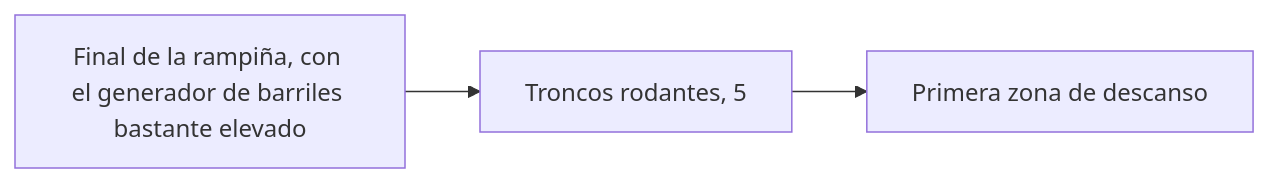
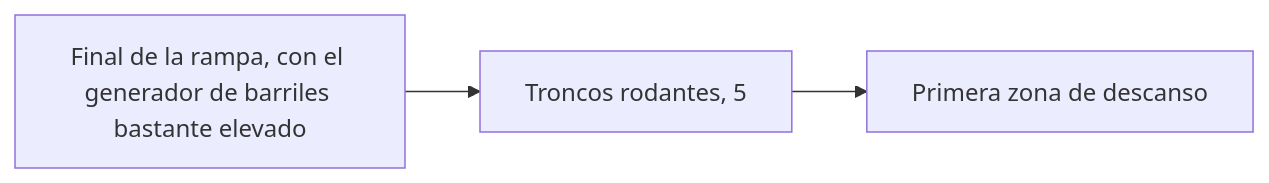
The second of 5 diagrams in README.md (Narratech/DEV-P0), drawn with Mermaid before and after one commit. The commit also changed other lines of this file, not shown here.

Commit message:
Terminado lo del Mermaid

````diff
--- a/README.md
+++ b/README.md
@@ -114,5 +114,5 @@
 ```mermaid
 graph LR;
-    finRampa[Final de la rampiña, con el generador de barriles bastante elevado]-->troncos[Troncos rodantes, 5];
+    finRampa[Final de la rampa, con el generador de barriles bastante elevado]-->troncos[Troncos rodantes, 5];
     troncos[Troncos rodantes, 5]-->finTroncos[Primera zona de descanso];
 ```
````
